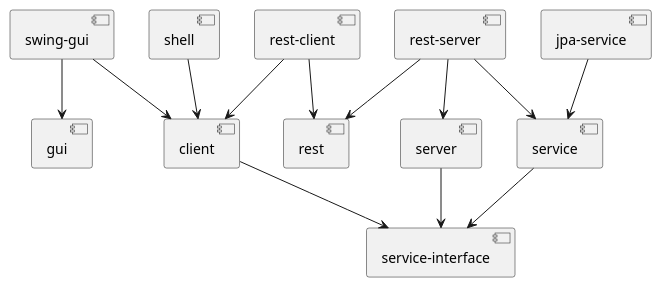
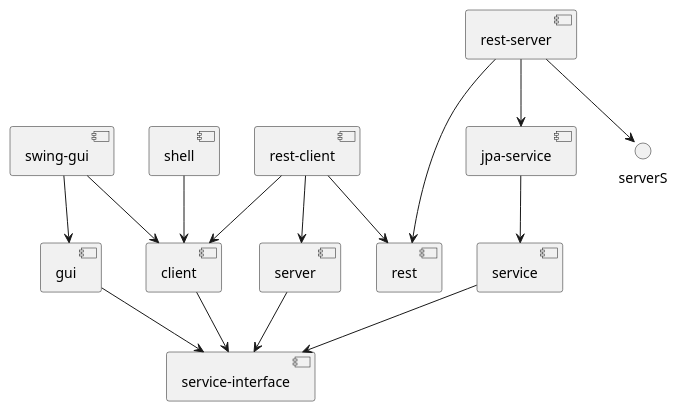
Before and after one commit to greifentor/carp-bm: the diagram in docs/architecture/module-diagram.plantuml, drawn with PlantUML. The commit also changed 9 other files, not shown here.

```diff
--- a/docs/architecture/module-diagram.plantuml
+++ b/docs/architecture/module-diagram.plantuml
@@ -1,38 +1,41 @@
 @startuml
 
 '!theme mono
 'COMMENT - skinparam linetype ortho
 
 component client
 component gui
 component jpaservice as "jpa-service"
 component rest
 component restclient as "rest-client"
 component restserver as "rest-server"
 component server
 component service
 component serviceinterface as "service-interface"
 component shell
 component swing as "swing-gui"
 
 client --> serviceinterface
 
+gui --> serviceinterface
+
 jpaservice --> service
 
 restclient --> client
+restclient --> server
 restclient --> rest
 
+restserver --> jpaservice
 restserver --> rest
-restserver --> server
-restserver --> service
+restserver --> serverS
 
 server --> serviceinterface
 
 service --> serviceinterface
 
 shell --> client
 
 swing --> client
 swing --> gui
 
 @enduml
```
